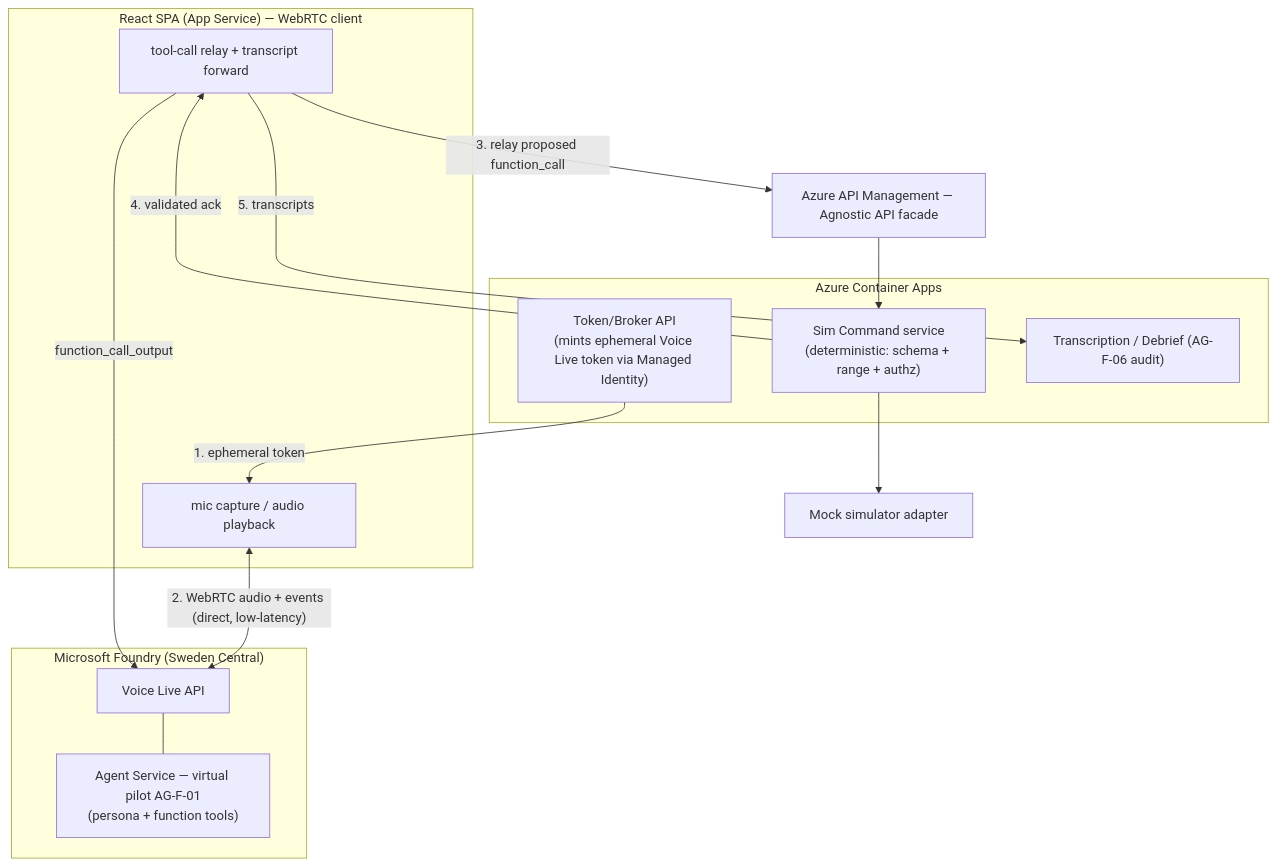
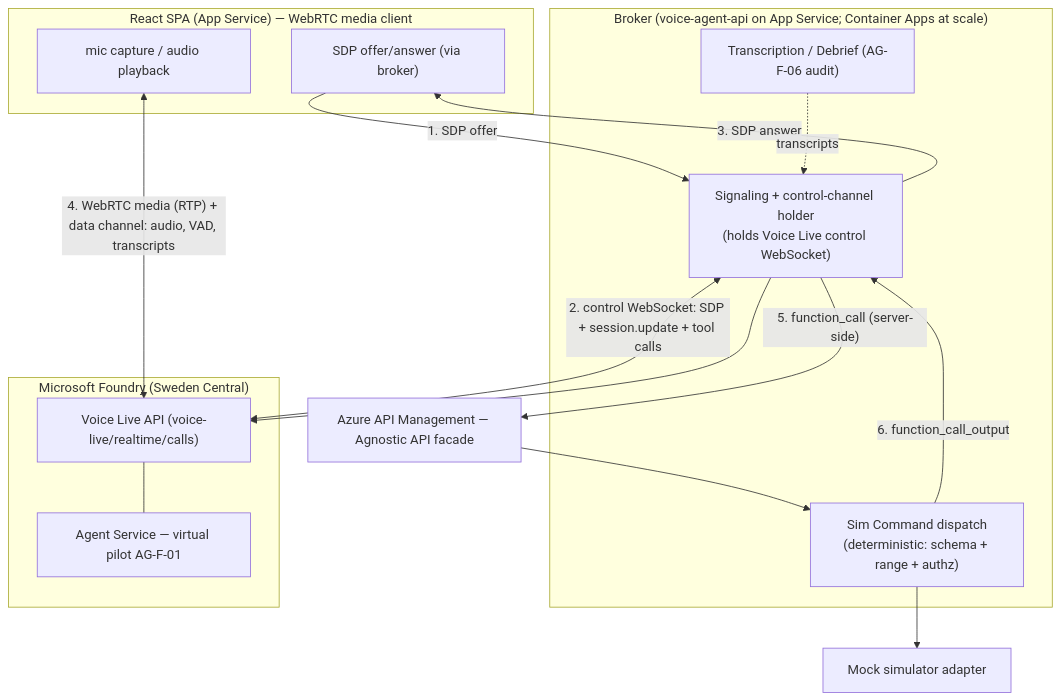
One commit to urruegg/ATCSimulator changed the diagram in docs/specs/2026-07-15-voice-live-foundry-poc-scope-design.md. Above: the diagram before and after it, drawn with Mermaid. The commit also changed other lines of this file and 1 other file, not shown here.

Commit message:
docs(plan): Voice Live + Foundry Agent Service PoC implementation plan; refine spec to server-held control channel

````diff
--- a/docs/specs/2026-07-15-voice-live-foundry-poc-scope-design.md
+++ b/docs/specs/2026-07-15-voice-live-foundry-poc-scope-design.md
@@ -46,25 +46,27 @@
 ```mermaid
 flowchart TB
-    subgraph Browser["React SPA (App Service) — WebRTC client"]
+    subgraph Browser["React SPA (App Service) — WebRTC media client"]
       MIC["mic capture / audio playback"]
-      REL["tool-call relay + transcript forward"]
+      SDP["SDP offer/answer (via broker)"]
     end
-    subgraph CA["Azure Container Apps"]
-      TOK["Token/Broker API<br/>(mints ephemeral Voice Live token via Managed Identity)"]
-      SIM["Sim Command service<br/>(deterministic: schema + range + authz)"]
+    subgraph CA["Broker (voice-agent-api on App Service; Container Apps at scale)"]
+      SIG["Signaling + control-channel holder<br/>(holds Voice Live control WebSocket)"]
+      SIM["Sim Command dispatch<br/>(deterministic: schema + range + authz)"]
       DBR["Transcription / Debrief (AG-F-06 audit)"]
     end
     APIM["Azure API Management — Agnostic API facade"]
     subgraph Foundry["Microsoft Foundry (Sweden Central)"]
-      VL["Voice Live API"]
-      AG["Agent Service — virtual pilot AG-F-01<br/>(persona + function tools)"]
+      VL["Voice Live API (voice-live/realtime/calls)"]
+      AG["Agent Service — virtual pilot AG-F-01"]
     end
     MOCK["Mock simulator adapter"]
 
-    TOK -->|"1. ephemeral token"| MIC
-    MIC <-->|"2. WebRTC audio + events (direct, low-latency)"| VL
+    SDP -->|"1. SDP offer"| SIG
+    SIG <-->|"2. control WebSocket: SDP + session.update + tool calls"| VL
+    SIG -->|"3. SDP answer"| SDP
+    MIC <-->|"4. WebRTC media (RTP) + data channel: audio, VAD, transcripts"| VL
     VL --- AG
-    REL -->|"3. relay proposed function_call"| APIM --> SIM --> MOCK
-    SIM -->|"4. validated ack"| REL -->|"function_call_output"| VL
-    REL -->|"5. transcripts"| DBR
+    SIG -->|"5. function_call (server-side)"| APIM --> SIM --> MOCK
+    SIM -->|"6. function_call_output"| SIG --> VL
+    DBR -.->|"transcripts"| SIG
 ```
````
